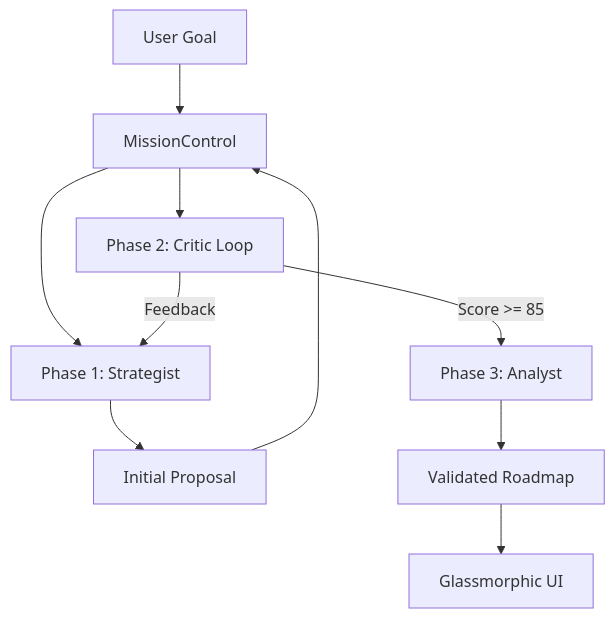
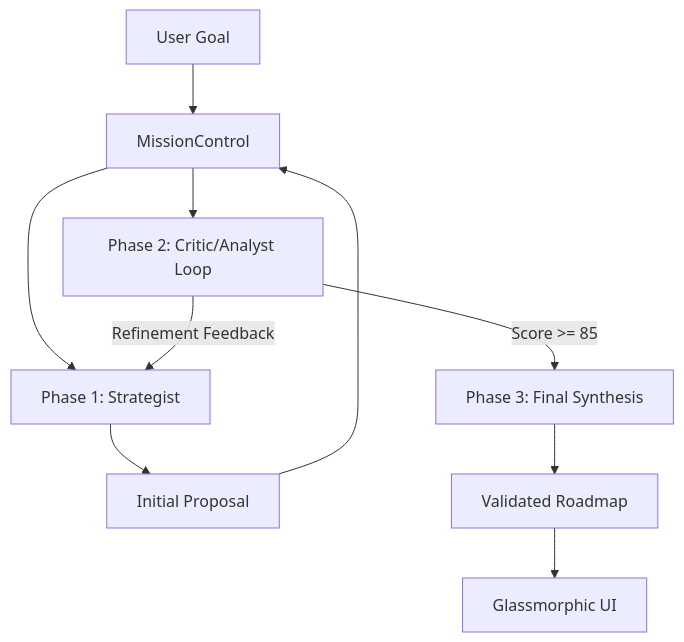
Before and after one commit to darshil0/atlas-strategic-matrix: the diagram in AGENTS.md, drawn with Mermaid. The commit also changed other lines of this file, not shown here.

````diff
--- a/AGENTS.md
+++ b/AGENTS.md
@@ -13,12 +15,12 @@
 ```mermaid
 graph TD
     A[User Goal] --> B[MissionControl]
     B --> C[Phase 1: Strategist]
     C --> D[Initial Proposal]
     D --> B
-    B --> E[Phase 2: Critic Loop]
-    E -- Feedback --> C
-    E -- Score >= 85 --> F[Phase 3: Analyst]
+    B --> E[Phase 2: Critic/Analyst Loop]
+    E -- Refinement Feedback --> C
+    E -- Score >= 85 --> F[Phase 3: Final Synthesis]
     F --> G[Validated Roadmap]
     G --> H[Glassmorphic UI]
 ```
````
